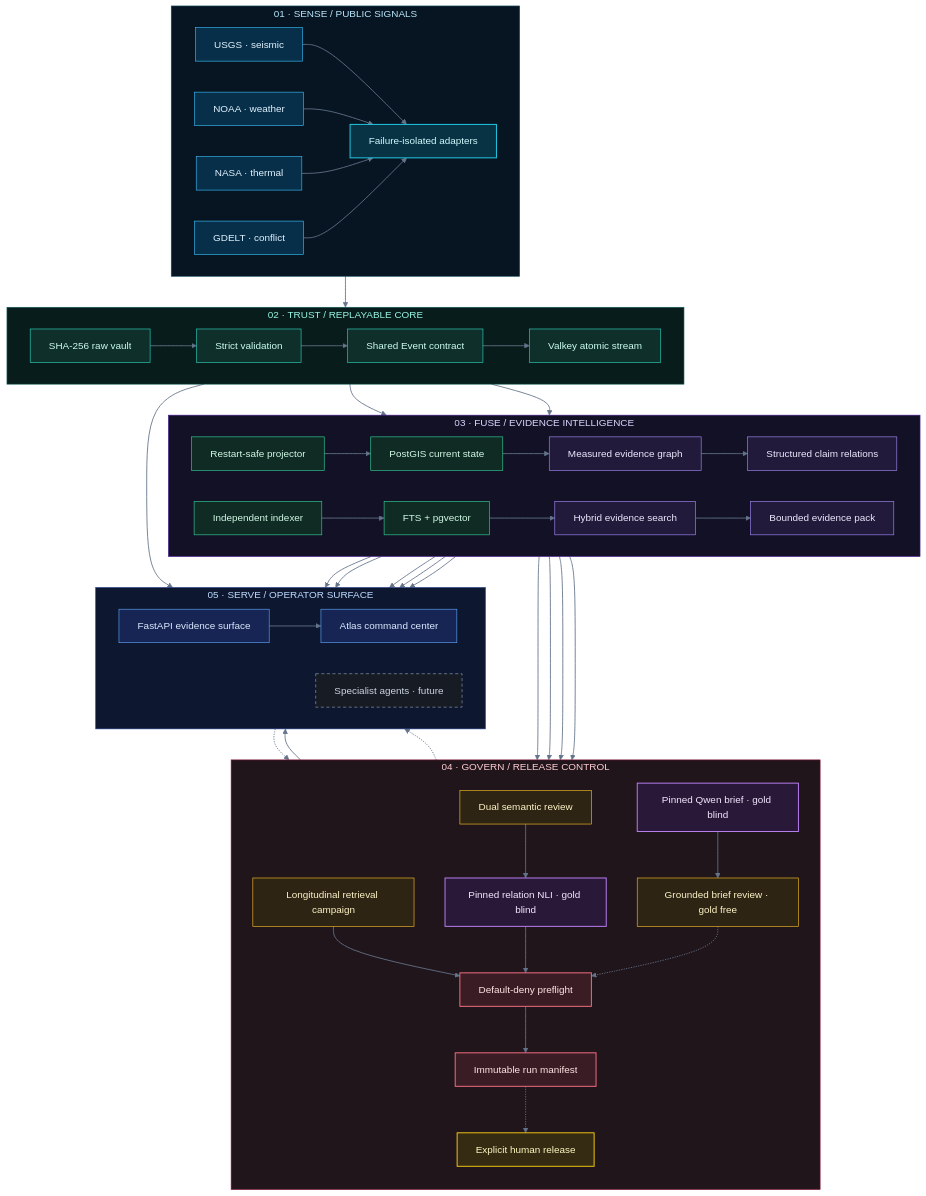
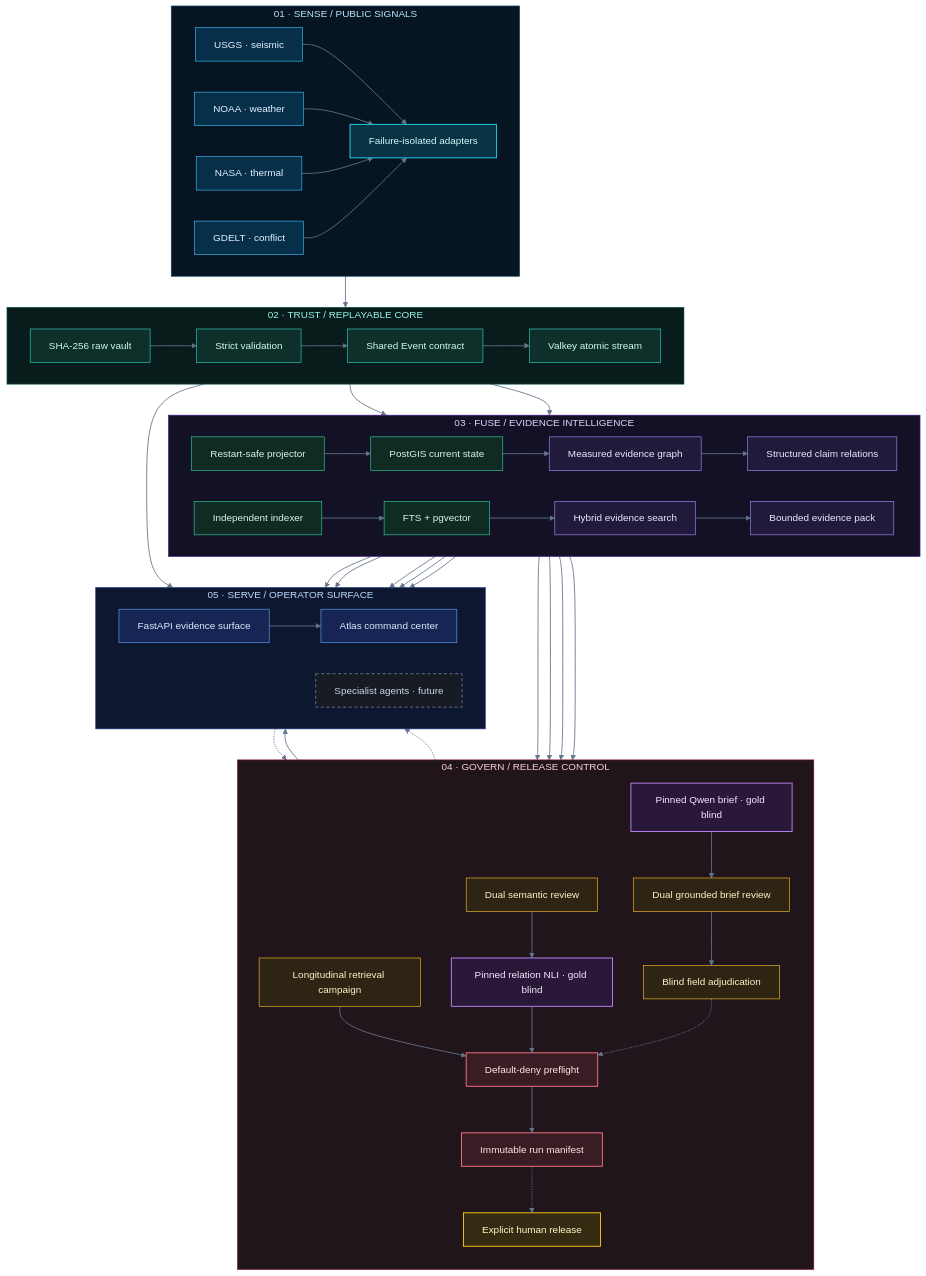
Before and after one commit to Thivas12/atlas-pulse: the diagram in README.md, drawn with Mermaid (neutral theme). The commit also changed other lines of this file and 11 other files, not shown here.

Commit message:
feat: add grounded-answer independent review adjudication (#33)

```diff
--- a/README.md
+++ b/README.md
@@ -123,7 +126,8 @@
         RELATION_REVIEW["Dual semantic review"]:::review
         CANDIDATE["Pinned relation NLI · gold blind"]:::sandbox
         ANSWER_RUNNER["Pinned Qwen brief · gold blind"]:::sandbox
-        ANSWER_REVIEW["Grounded brief review · gold free"]:::review
+        ANSWER_REVIEW["Dual grounded brief review"]:::review
+        ANSWER_ADJ["Blind field adjudication"]:::review
         PREFLIGHT["Default-deny preflight"]:::gate
         MANIFEST["Immutable run manifest"]:::gate
         HUMAN["Explicit human release"]:::human
@@ -140,8 +144,8 @@
     STREAM --> INDEXER
     SEARCH --> RETRIEVAL_REVIEW --> PREFLIGHT
     CLAIMS --> RELATION_REVIEW --> CANDIDATE --> PREFLIGHT
-    PACK --> ANSWER_RUNNER --> ANSWER_REVIEW
-    ANSWER_REVIEW -.-> PREFLIGHT
+    PACK --> ANSWER_RUNNER --> ANSWER_REVIEW --> ANSWER_ADJ
+    ANSWER_ADJ -.-> PREFLIGHT
     PACK --> PREFLIGHT --> MANIFEST
     STREAM --> API
     POSTGIS --> API
```
